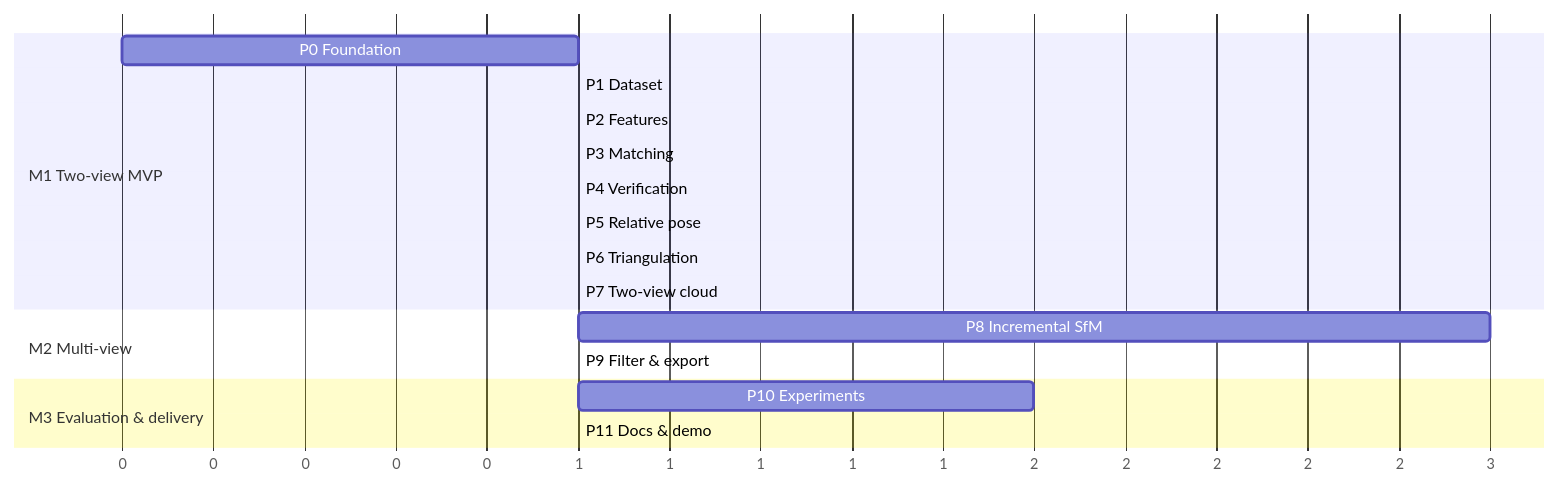
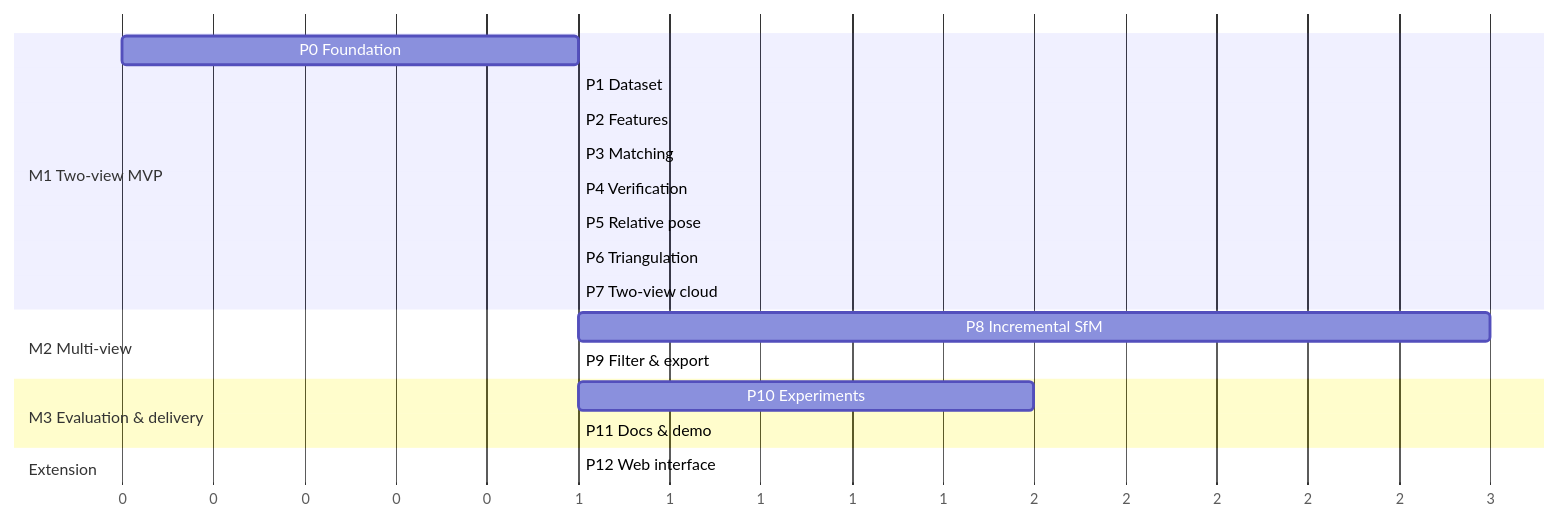
The diagram in docs/ROADMAP.md (AggimallaAbhishek/Multi-View-3D-Reconstruction), drawn with Mermaid before and after one commit. The commit also changed other lines of this file and 4 other files, not shown here.

Commit message:
docs: phase 12 web interface

````diff
--- a/docs/ROADMAP.md
+++ b/docs/ROADMAP.md
@@ -19,20 +19,22 @@
 ```mermaid
 gantt
     dateFormat  X
     axisFormat  %s
     section M1 Two-view MVP
     P0 Foundation          :p0, 0, 1
     P1 Dataset             :p1, after p0, 1
     P2 Features            :p2, after p1, 1
     P3 Matching            :p3, after p2, 1
     P4 Verification        :p4, after p3, 1
     P5 Relative pose       :p5, after p4, 1
     P6 Triangulation       :p6, after p5, 1
     P7 Two-view cloud      :p7, after p6, 1
     section M2 Multi-view
     P8 Incremental SfM     :p8, after p7, 3
     P9 Filter & export     :p9, after p8, 1
     section M3 Evaluation & delivery
     P10 Experiments        :p10, after p9, 2
     P11 Docs & demo        :p11, after p10, 1
+    section Extension
+    P12 Web interface      :p12, after p11, 1
 ```
````
